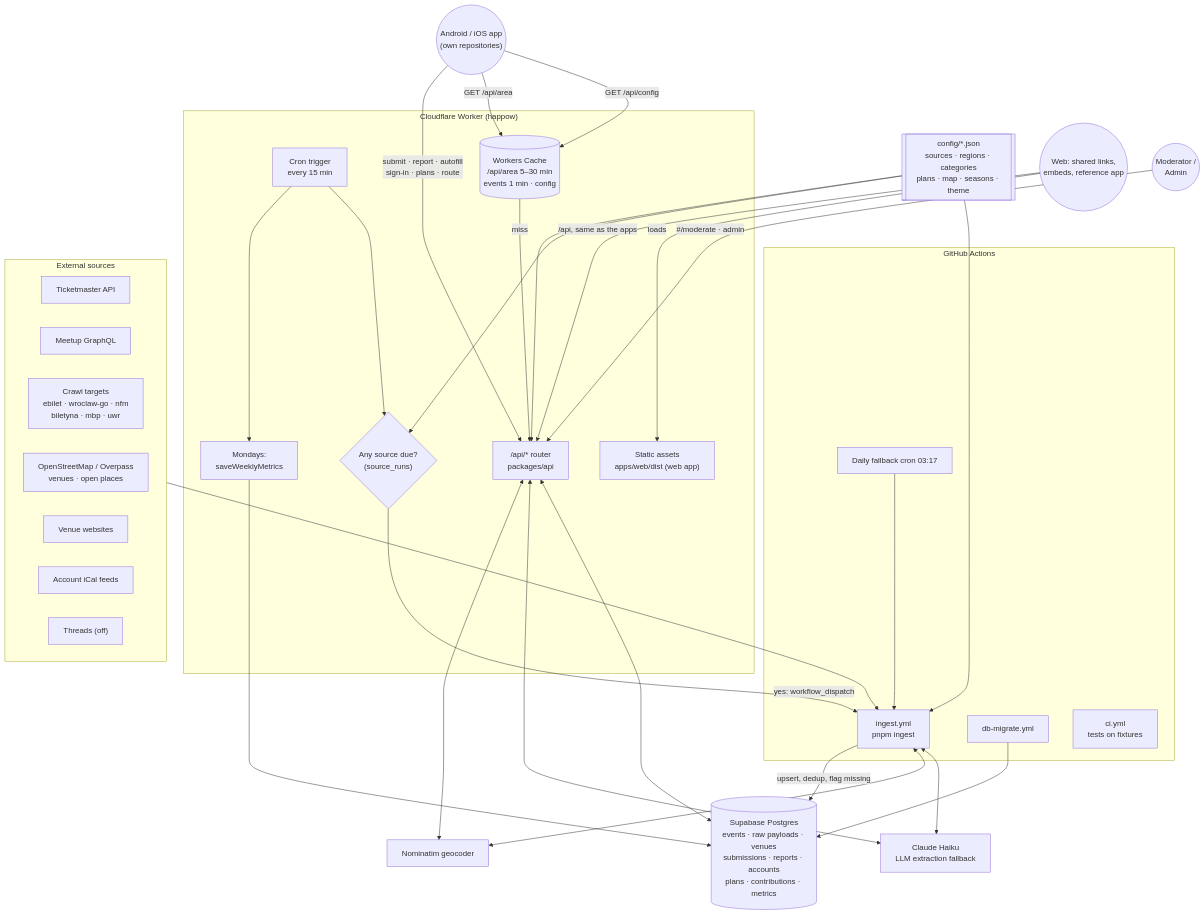
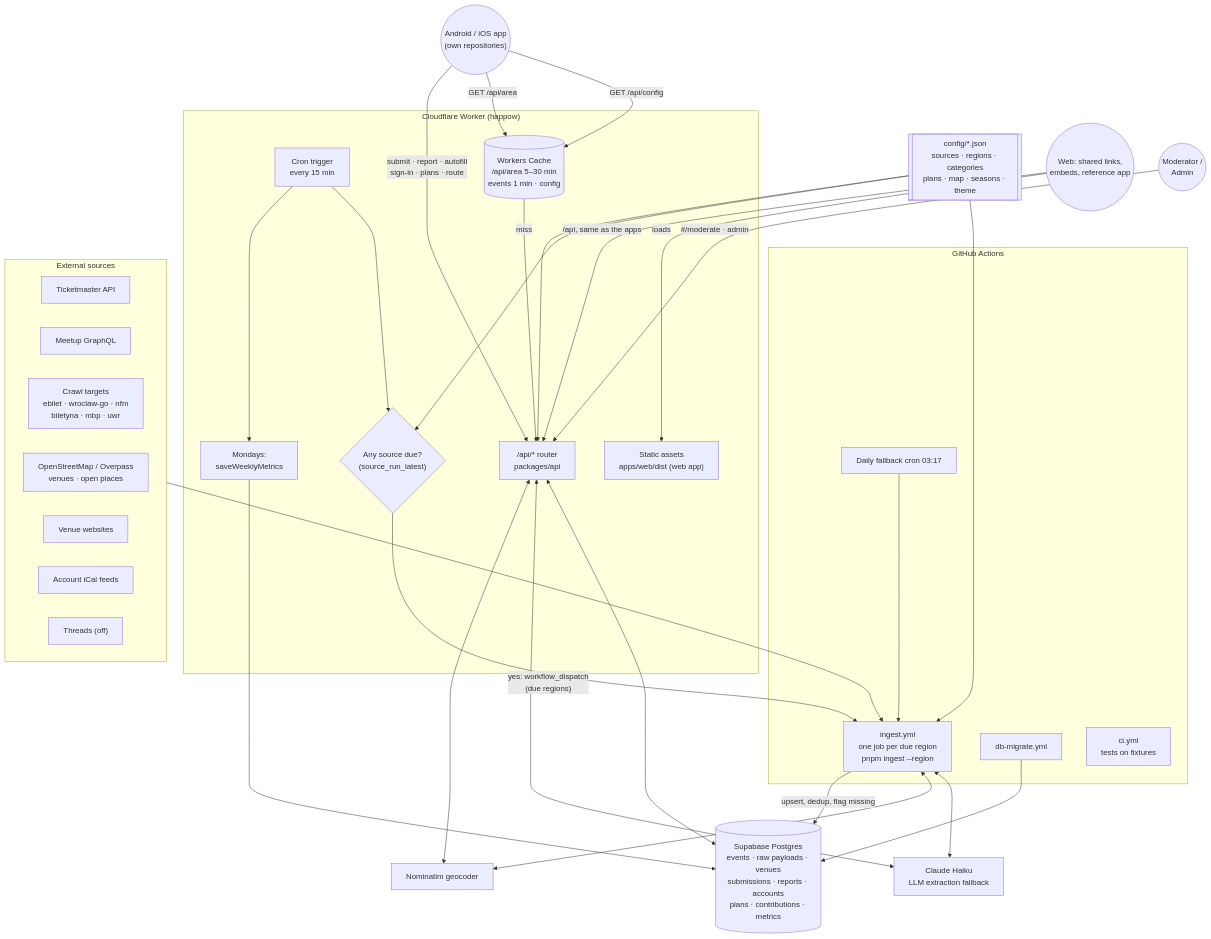
The first of 4 diagrams in docs/ARCHITECTURE.md (PriamSinbob/Happow), drawn with Mermaid before and after one commit. The commit also changed 9 other files, not shown here.

First line of the commit message:
Ingest jobs one region at a time on a configurable runner; docs for regions, Nominatim, Actions minutes

````diff
--- a/docs/ARCHITECTURE.md
+++ b/docs/ARCHITECTURE.md
@@ -9,62 +9,62 @@
 ```mermaid
 flowchart TB
   CFG[["config/*.json<br/>sources · regions · categories<br/>plans · map · seasons · theme"]]
 
   subgraph CF["Cloudflare Worker (happow)"]
     CRON["Cron trigger<br/>every 15 min"]
-    SCHED{"Any source due?<br/>(source_runs)"}
+    SCHED{"Any source due?<br/>(source_run_latest)"}
     METRICS["Mondays:<br/>saveWeeklyMetrics"]
     API["/api/* router<br/>packages/api"]
     CACHE[("Workers Cache<br/>/api/area 5–30 min<br/>events 1 min · config")]
     STATIC["Static assets<br/>apps/web/dist (web app)"]
   end
 
   subgraph GH["GitHub Actions"]
-    INGEST["ingest.yml<br/>pnpm ingest"]
+    INGEST["ingest.yml<br/>one job per due region<br/>pnpm ingest --region"]
     FALLBACK["Daily fallback cron 03:17"]
     MIGRATE["db-migrate.yml"]
     CI["ci.yml<br/>tests on fixtures"]
   end
 
   subgraph EXT["External sources"]
     TM["Ticketmaster API"]
     MU["Meetup GraphQL"]
     CRAWL["Crawl targets<br/>ebilet · wroclaw-go · nfm<br/>biletyna · mbp · uwr"]
     OSM["OpenStreetMap / Overpass<br/>venues · open places"]
     VS["Venue websites"]
     FEEDS["Account iCal feeds"]
     TH["Threads (off)"]
   end
 
   LLM["Claude Haiku<br/>LLM extraction fallback"]
   GEO["Nominatim geocoder"]
   DB[("Supabase Postgres<br/>events · raw payloads · venues<br/>submissions · reports · accounts<br/>plans · contributions · metrics")]
 
   USER(("Android / iOS app<br/>(own repositories)"))
   WEB(("Web: shared links,<br/>embeds, reference app"))
   MOD(("Moderator /<br/>Admin"))
 
   CFG --> SCHED
   CFG --> INGEST
   CFG --> API
   CRON --> SCHED
   CRON --> METRICS --> DB
-  SCHED -- "yes: workflow_dispatch" --> INGEST
+  SCHED -- "yes: workflow_dispatch<br/>(due regions)" --> INGEST
   FALLBACK --> INGEST
   EXT --> INGEST
   INGEST <--> LLM
   INGEST <--> GEO
   INGEST -- "upsert, dedup, flag missing" --> DB
   MIGRATE --> DB
 
   WEB -- "loads" --> STATIC
   WEB -- "/api, same as the apps" --> API
   USER -- "GET /api/config" --> CACHE
   USER -- "GET /api/area" --> CACHE
   CACHE -- "miss" --> API
   USER -- "submit · report · autofill<br/>sign-in · plans · route" --> API
   MOD -- "#/moderate · admin" --> API
   API <--> DB
   API <--> LLM
   API <--> GEO
 ```
````
